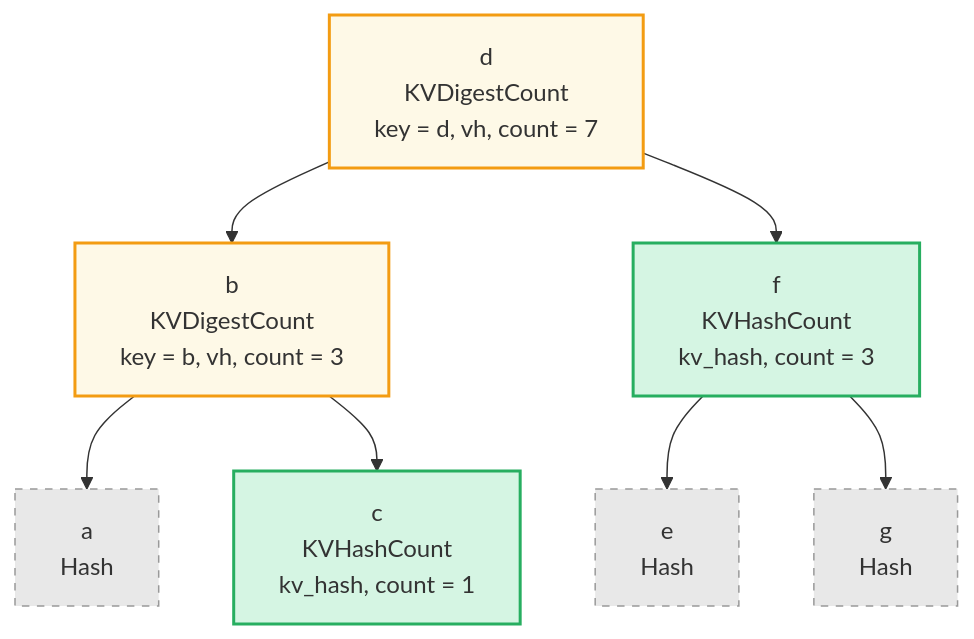
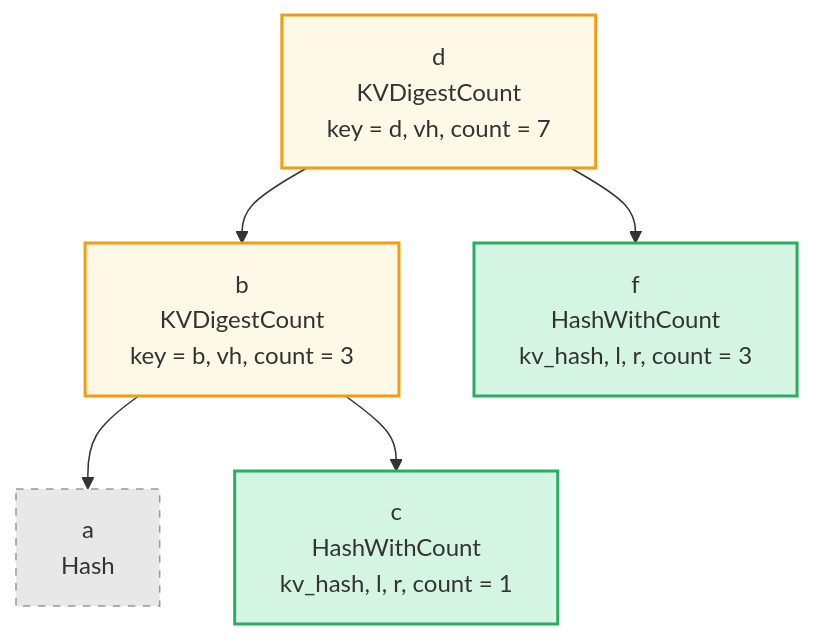
Before and after one commit to dashpay/grovedb: the third of 5 diagrams in docs/book/src/aggregate-count-queries.md, drawn with Mermaid. The commit also changed other lines of this file, not shown here.

````diff
--- a/docs/book/src/aggregate-count-queries.md
+++ b/docs/book/src/aggregate-count-queries.md
@@ -273,24 +276,18 @@
 ```mermaid
 graph TD
     d["d<br/>KVDigestCount<br/>key = d, vh, count = 7"]
     b["b<br/>KVDigestCount<br/>key = b, vh, count = 3"]
-    f["f<br/>KVHashCount<br/>kv_hash, count = 3"]
+    f["f<br/>HashWithCount<br/>kv_hash, l, r, count = 3"]
     aH["a<br/>Hash"]
-    c["c<br/>KVHashCount<br/>kv_hash, count = 1"]
-    eH["e<br/>Hash"]
-    gH["g<br/>Hash"]
+    c["c<br/>HashWithCount<br/>kv_hash, l, r, count = 1"]
     d --> b
     d --> f
     b --> aH
     b --> c
-    f --> eH
-    f --> gH
 
     style d fill:#fef9e7,stroke:#f39c12,stroke-width:2px
     style b fill:#fef9e7,stroke:#f39c12,stroke-width:2px
     style c fill:#d5f5e3,stroke:#27ae60,stroke-width:2px
     style f fill:#d5f5e3,stroke:#27ae60,stroke-width:2px
     style aH fill:#e8e8e8,stroke:#999,stroke-dasharray:5 5
-    style eH fill:#e8e8e8,stroke:#999,stroke-dasharray:5 5
-    style gH fill:#e8e8e8,stroke:#999,stroke-dasharray:5 5
 ```
````
